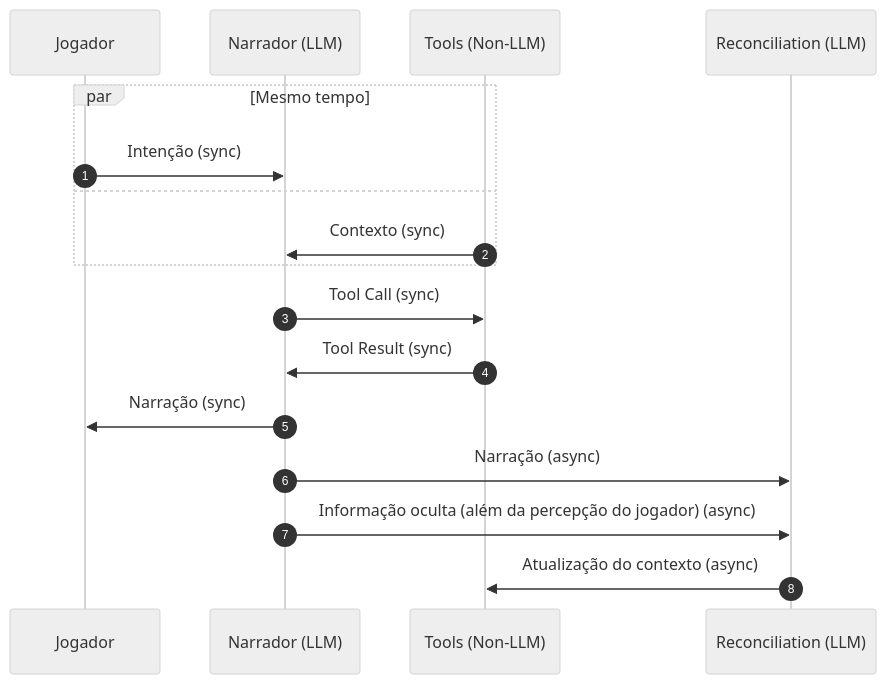
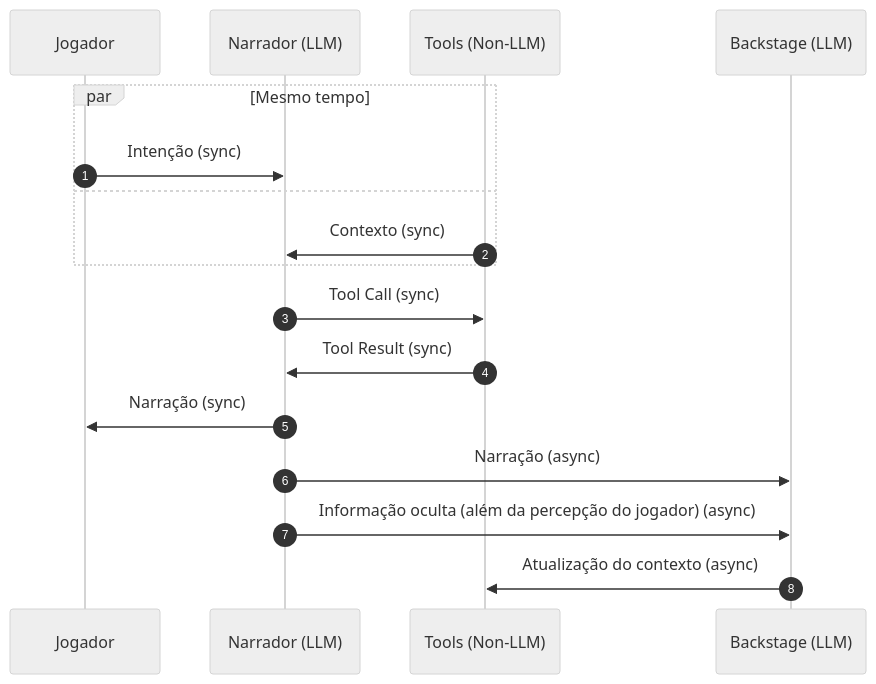
Before and after one commit to cbnfreitas/octo-machine: the diagram in diagrama_troca_mensagens.md, drawn with Mermaid (neutral theme). The commit also changed 5 other files, not shown here.

````diff
--- a/diagrama_troca_mensagens.md
+++ b/diagrama_troca_mensagens.md
@@ -4,24 +4,24 @@
 ```mermaid
 sequenceDiagram
     autonumber
     participant J as Jogador 
     participant N as Narrador (LLM)
     participant T as Tools (Non-LLM)
-    participant R as Reconciliation (LLM)
+    participant R as Backstage (LLM)
 
     par Mesmo tempo
         J->>N: Intenção (sync)
     and
         T->>N: Contexto (sync)
     end
 
     N->>T: Tool Call (sync)
     T->>N: Tool Result (sync)
 
     N->>J: Narração (sync)
     N->>R: Narração (async)
     N->>R: Informação oculta (além da percepção do jogador) (async)
 
     R->>T: Atualização do contexto (async)
 
 ```
````
